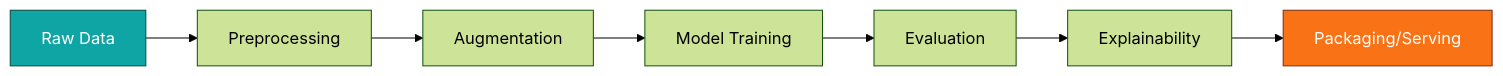
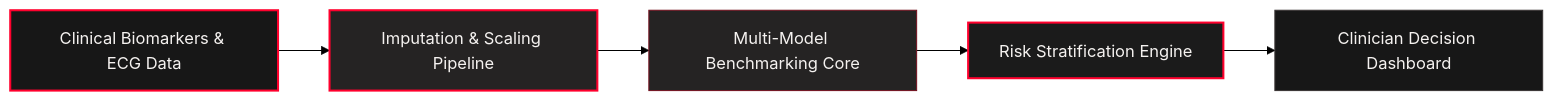
One commit to prak05/MEDICAL_AI changed the diagram in README.md. Above: the diagram before and after it, drawn with Mermaid (forest theme). The commit also changed other lines of this file, not shown here.

Commit message:
docs: modernize README.md with Dark Charcoal & Hot Red Bento architecture [skip ci]

````diff
--- a/README.md
+++ b/README.md
@@ -69,11 +49,12 @@
 ```mermaid
-graph LR
-A[Raw Data] --> B[Preprocessing]
-B --> C[Augmentation]
-C --> D[Model Training]
-D --> E[Evaluation]
-E --> F[Explainability]
-F --> G[Packaging/Serving]
-style A fill:#0ea5a4,stroke:#064e3b,color:#fff
-style G fill:#f97316,stroke:#7c2d12,color:#fff
+flowchart LR
+    A["Clinical Biomarkers & ECG Data"] --> B["Imputation & Scaling Pipeline"]
+    B --> C["Multi-Model Benchmarking Core"]
+    C --> D["Risk Stratification Engine"]
+    D --> E["Clinician Decision Dashboard"]
+    style A fill:#171717,stroke:#FF002D,stroke-width:2px,color:#F5F2F0
+    style B fill:#252323,stroke:#FF002D,stroke-width:2px,color:#F5F2F0
+    style C fill:#252323,stroke:#74121F,stroke-width:1px,color:#F5F2F0
+    style D fill:#1b1b1b,stroke:#FF002D,stroke-width:2px,color:#F5F2F0
+    style E fill:#171717,stroke:#393434,stroke-width:1px,color:#F5F2F0
 ```
````
